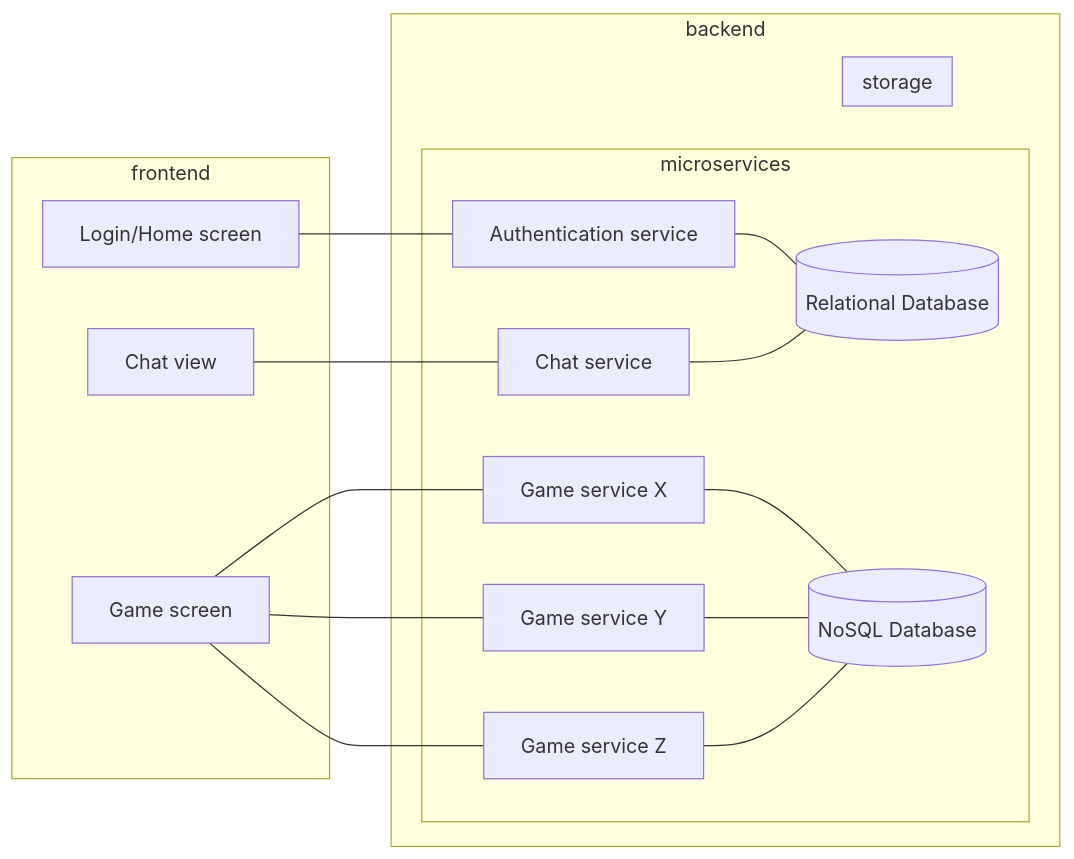
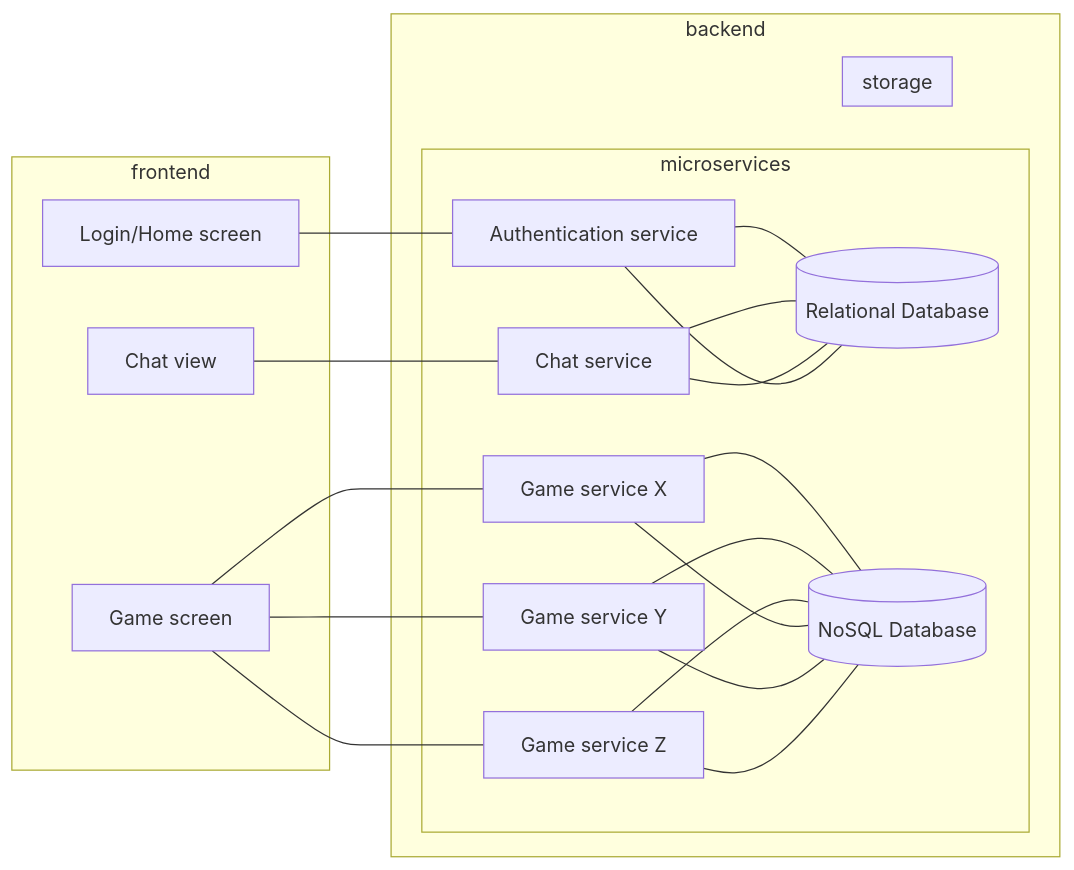
The diagram in documents/ARCHITECTURE.md (stickianempire/stickian), drawn with Mermaid before and after one commit.

Commit message:
I should install mermaid locally 2

````diff
--- a/documents/ARCHITECTURE.md
+++ b/documents/ARCHITECTURE.md
@@ -21,28 +21,33 @@
 ```mermaid
 flowchart LR
     subgraph frontend
         home[Login/Home screen]
         game[Game screen]
         game[Game screen]
         game[Game screen]
         chat[Chat view]
     end
     subgraph backend
         subgraph microservices
             home --- auths
             auths[Authentication service] --- relationaldb
             game --- gameb1
             game --- gameb2
             game --- gameb3
             gameb1[Game service X] --- gamedb
             gameb2[Game service Y] --- gamedb
             gameb3[Game service Z] --- gamedb
             chat --- chatb
             chatb[Chat service] --- relationaldb
         end
         subgraph storage
+            gameb1 --- gamedb
+            gameb2 --- gamedb
+            gameb3 --- gamedb
             gamedb[(NoSQL Database)]
+            chatb --- relationaldb
+            auths --- relationaldb
             relationaldb[(Relational Database)]
         end
     end
 ```
````
